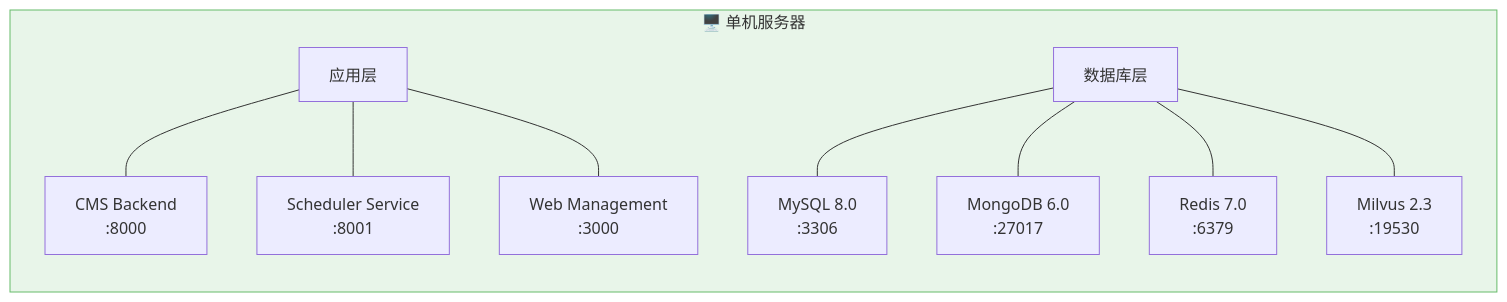
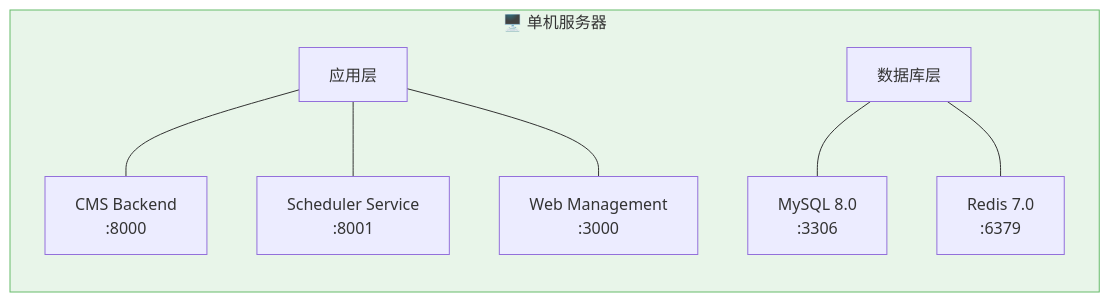
The second of 3 diagrams in 05-部署方案.md (flyingsnowzz/Multi-Agent-Automatic-Operation-Website), drawn with Mermaid before and after one commit. The commit also changed other lines of this file and 15 other files, not shown here.

````diff
--- a/05-部署方案.md
+++ b/05-部署方案.md
@@ -64,21 +62,19 @@
 ```mermaid
 flowchart LR
     subgraph SERVER["🖥️ 单机服务器"]
         direction TB
         APP["应用层"]
         APP1["CMS Backend\n:8000"]
         APP2["Scheduler Service\n:8001"]
         APP3["Web Management\n:3000"]
 
         DB["数据库层"]
         DB1["MySQL 8.0\n:3306"]
-        DB2["MongoDB 6.0\n:27017"]
-        DB3["Redis 7.0\n:6379"]
-        DB4["Milvus 2.3\n:19530"]
+        DB2["Redis 7.0\n:6379"]
     end
 
     APP --- APP1 & APP2 & APP3
-    DB --- DB1 & DB2 & DB3 & DB4
+    DB --- DB1 & DB2
 
     style SERVER fill:#e8f5e9,stroke:#66bb6a
 ```
````
